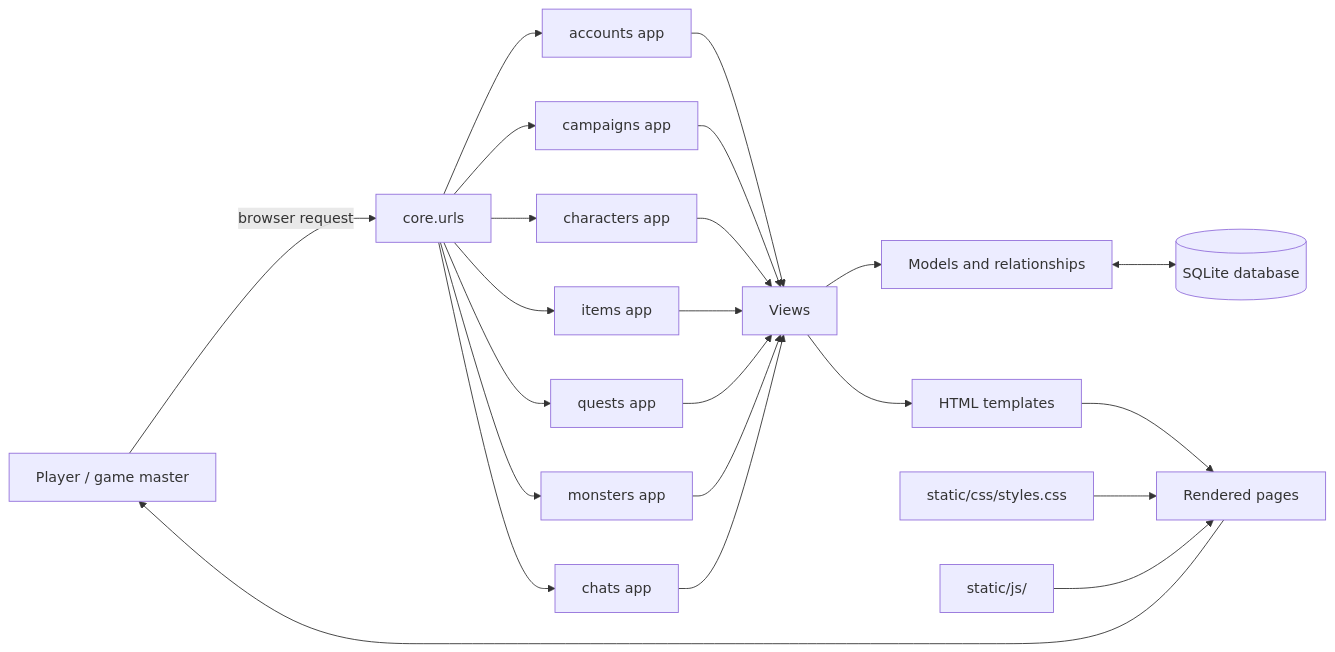
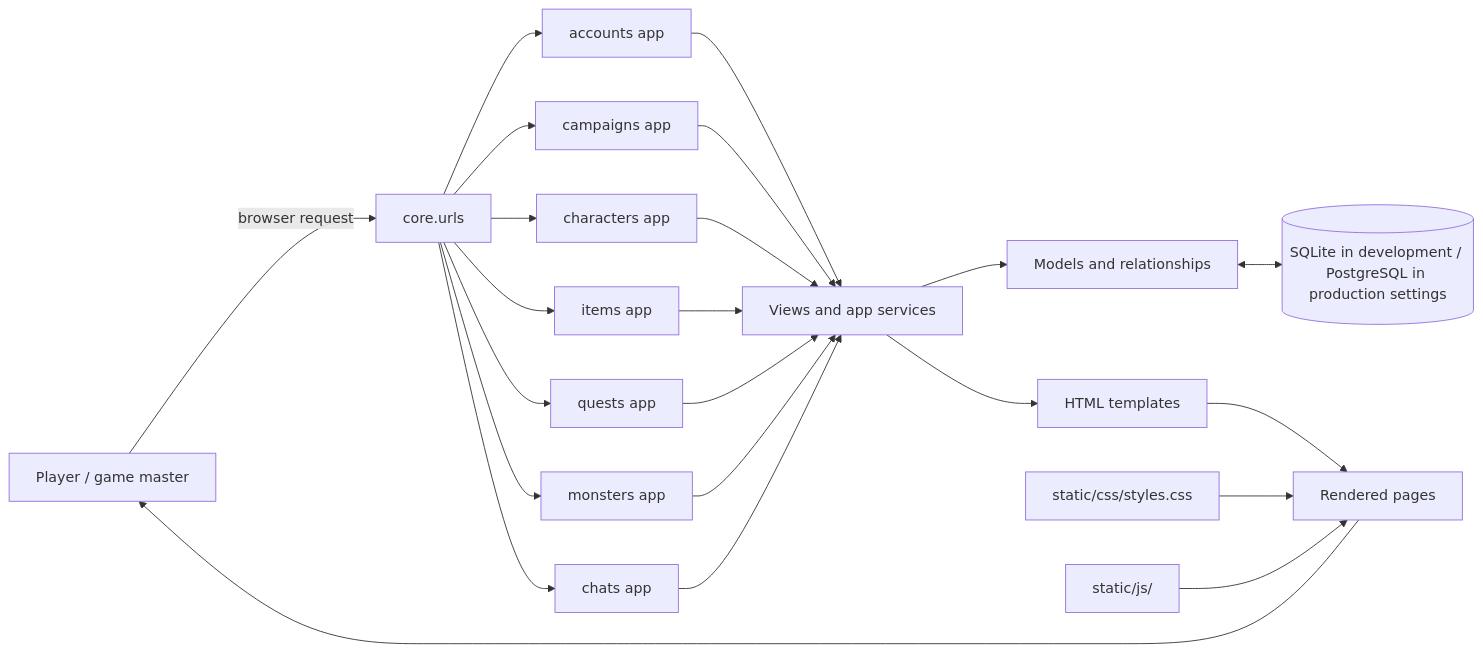
The first of 2 diagrams in PROJECT_OVERVIEW.md (Aragorn-untold/Questforge), drawn with Mermaid before and after one commit. The commit also changed other lines of this file and 11 other files, not shown here.

````diff
--- a/PROJECT_OVERVIEW.md
+++ b/PROJECT_OVERVIEW.md
@@ -7,27 +7,27 @@
 ```mermaid
 flowchart LR
     Player[Player / game master] -->|browser request| Routes[core.urls]
     Routes --> Accounts[accounts app]
     Routes --> Campaigns[campaigns app]
     Routes --> Characters[characters app]
     Routes --> Items[items app]
     Routes --> Quests[quests app]
     Routes --> Monsters[monsters app]
     Routes --> Chats[chats app]
 
-    Accounts --> Views[Views]
+    Accounts --> Views[Views and app services]
     Campaigns --> Views
     Characters --> Views
     Items --> Views
     Quests --> Views
     Monsters --> Views
     Chats --> Views
 
     Views --> Models[Models and relationships]
+    Models <--> Database[(SQLite in development / PostgreSQL in production settings)]
     Views --> Templates[HTML templates]
-    Models <--> Database[(SQLite database)]
     Templates --> Browser[Rendered pages]
     CSS[static/css/styles.css] --> Browser
     JS[static/js/] --> Browser
     Browser --> Player
 ```
````
